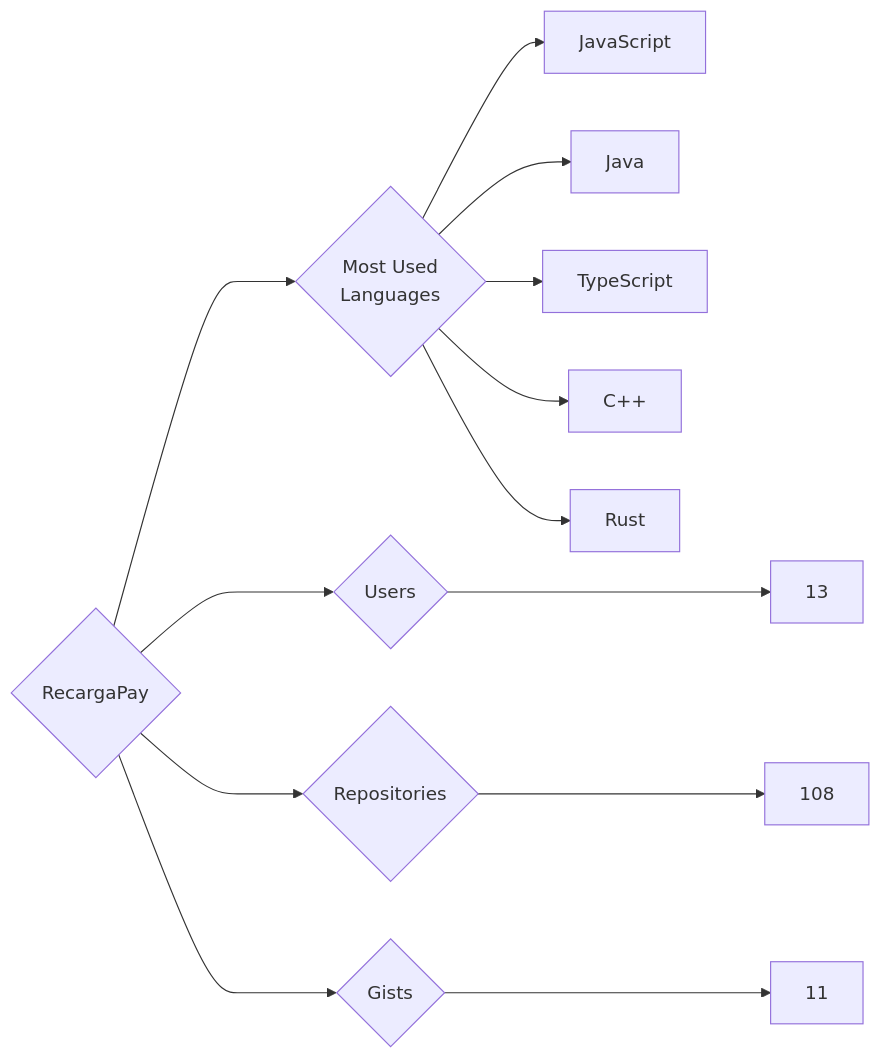
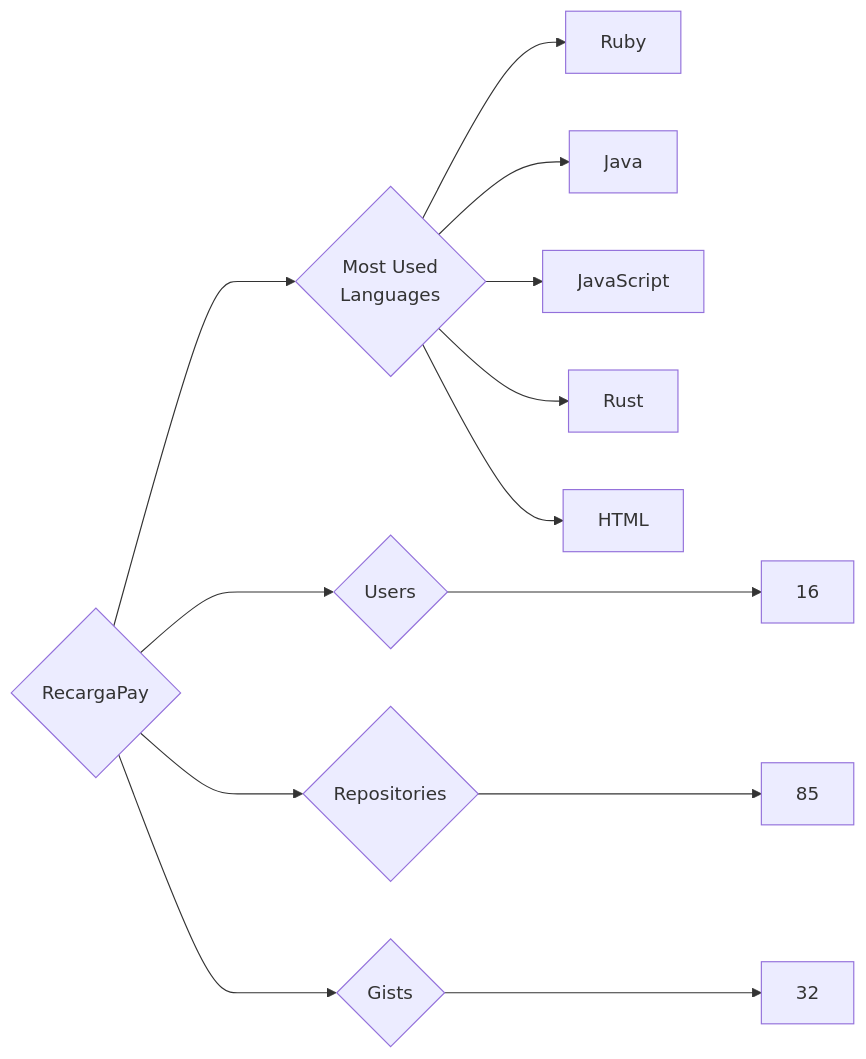
One commit to trickest/insiders changed the diagram in targets/RecargaPay/README.md. Above: the diagram before and after it, drawn with Mermaid. The commit also changed 955 other files, not shown here.

````diff
--- a/targets/RecargaPay/README.md
+++ b/targets/RecargaPay/README.md
@@ -3,13 +3,13 @@
 ```mermaid
 graph LR
 COMPANY_NAME{RecargaPay}
-COMPANY_NAME ---> U{Users} ---> UN[13]
-COMPANY_NAME ---> R{Repositories} ---> RN[108]
-COMPANY_NAME ---> G{Gists} ---> GN[11]
+COMPANY_NAME ---> U{Users} ---> UN[16]
+COMPANY_NAME ---> R{Repositories} ---> RN[85]
+COMPANY_NAME ---> G{Gists} ---> GN[32]
 COMPANY_NAME ---> ML{Most Used<br>Languages}
+ML --> Ruby[Ruby]
+ML --> Java[Java]
 ML --> JavaScript[JavaScript]
-ML --> Java[Java]
-ML --> TypeScript[TypeScript]
-ML --> C++[C++]
 ML --> Rust[Rust]
+ML --> HTML[HTML]
 ```
````
